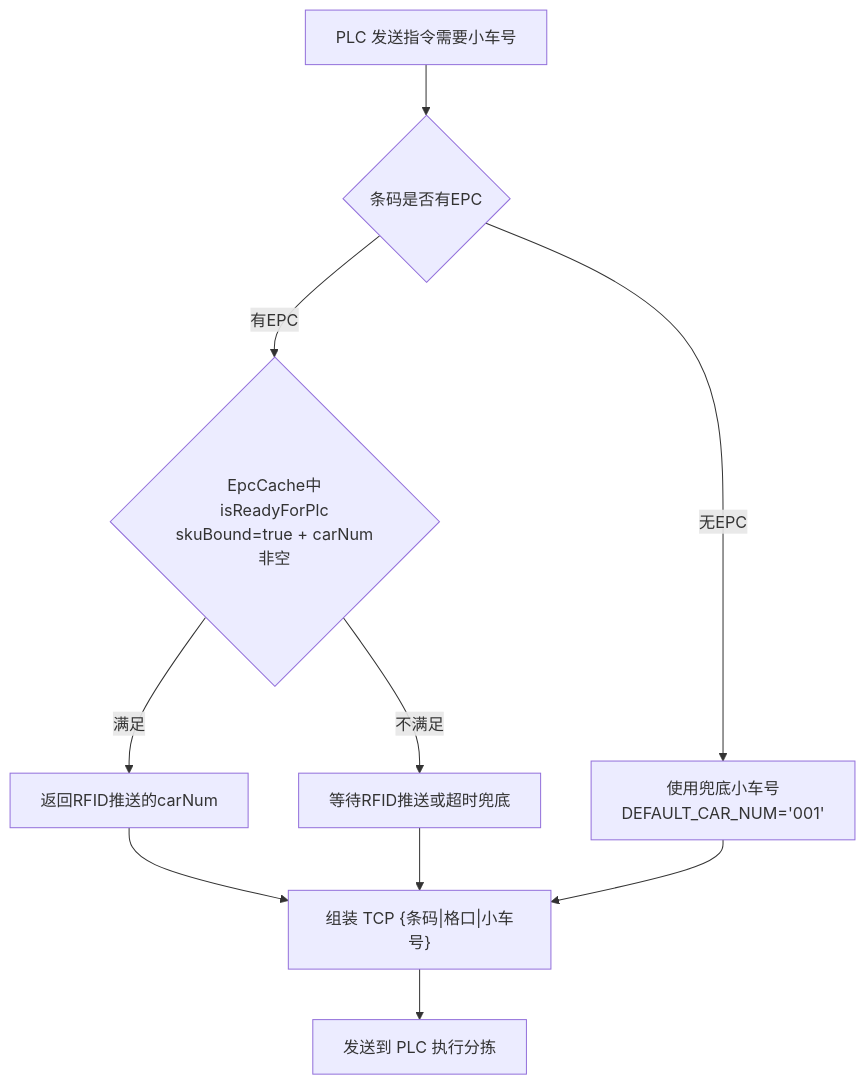
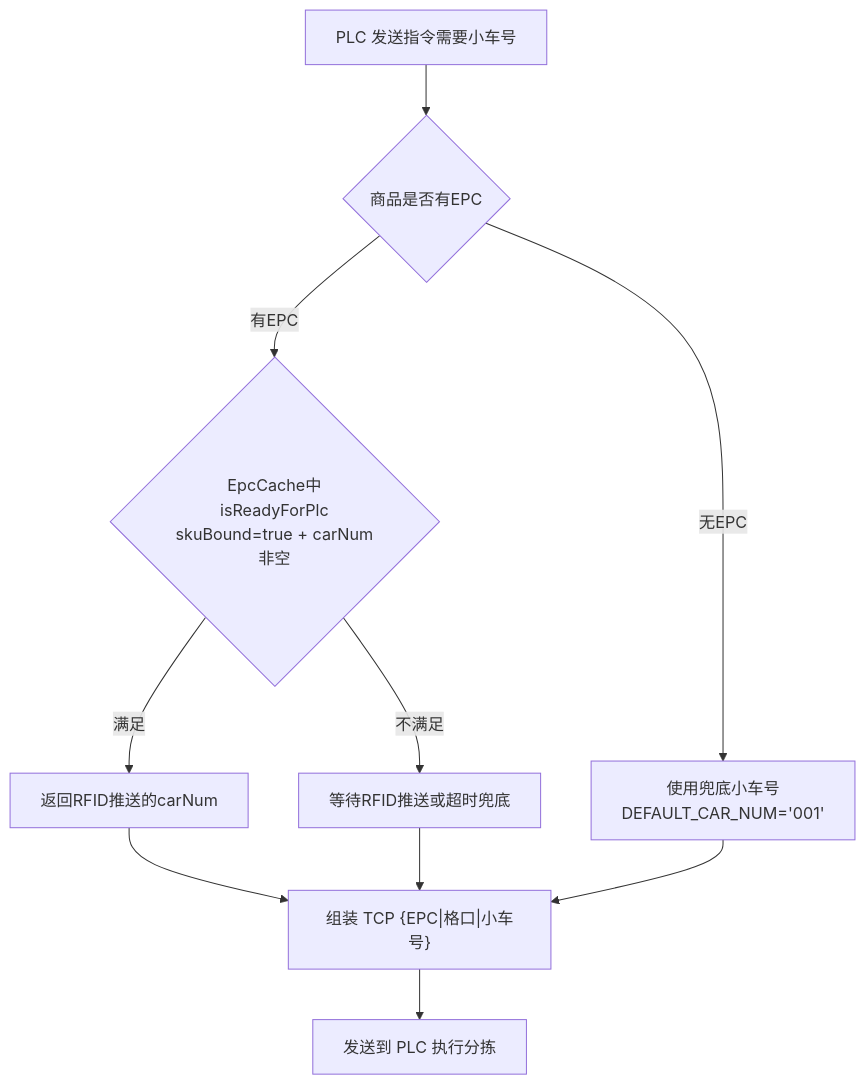
One commit to dryQAQ/WCSHttpServer changed the fifth of 12 diagrams in WCSHttpServer-材料/业务流程说明.md. Above: the diagram before and after it, drawn with Mermaid. The commit also changed other lines of this file and 68 other files, not shown here.

````diff
--- a/WCSHttpServer-材料/业务流程说明.md
+++ b/WCSHttpServer-材料/业务流程说明.md
@@ -165,12 +165,12 @@
 ```mermaid
 flowchart TD
-    A["PLC 发送指令需要小车号"] --> B{"条码是否有EPC"}
+    A["PLC 发送指令需要小车号"] --> B{"商品是否有EPC"}
     B -->|"有EPC"| C{"EpcCache中isReadyForPlc<br/>skuBound=true + carNum非空"}
     C -->|"满足"| D["返回RFID推送的carNum"]
     C -->|"不满足"| E["等待RFID推送或超时兜底"]
     B -->|"无EPC"| F["使用兜底小车号<br/>DEFAULT_CAR_NUM='001'"]
-    D --> G["组装 TCP {条码|格口|小车号}"]
+    D --> G["组装 TCP {EPC|格口|小车号}"]
     E --> G
     F --> G
     G --> H["发送到 PLC 执行分拣"]
 ```
````
